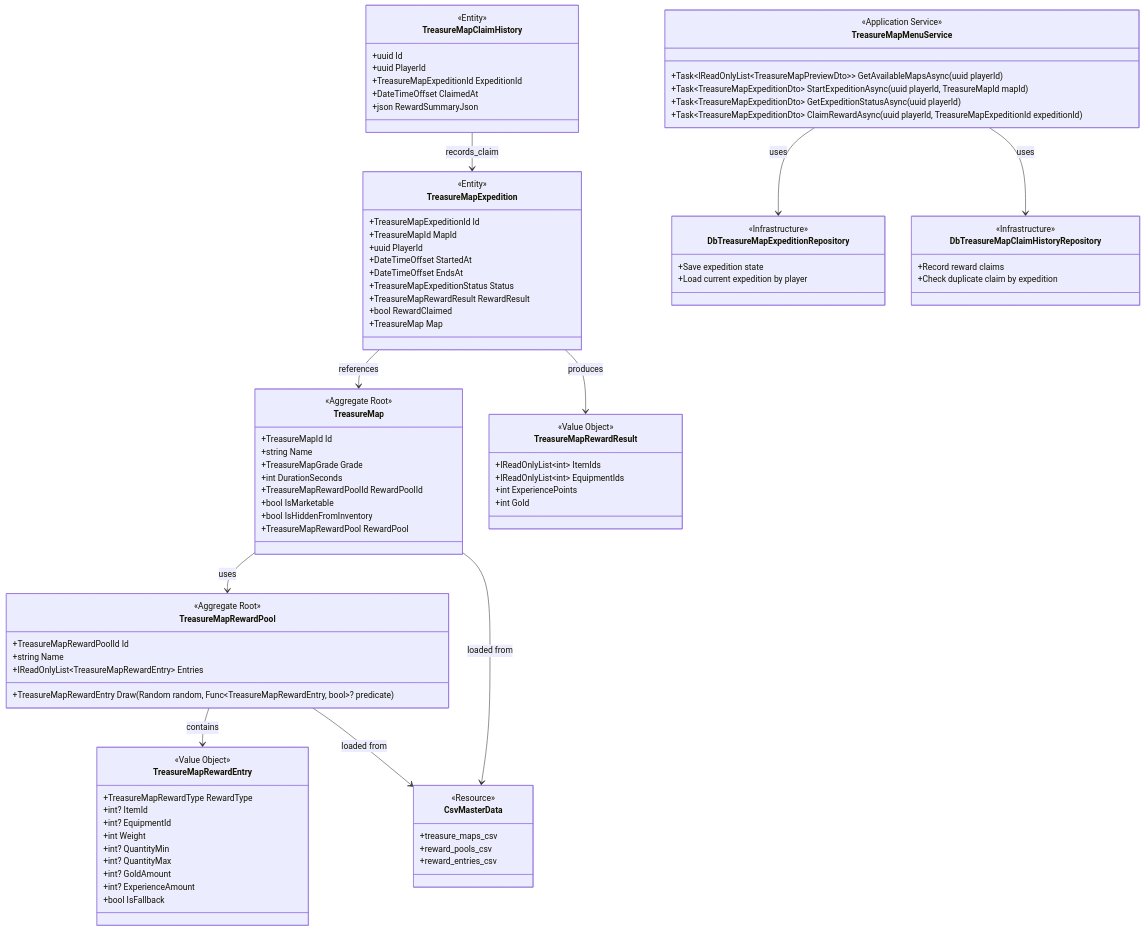
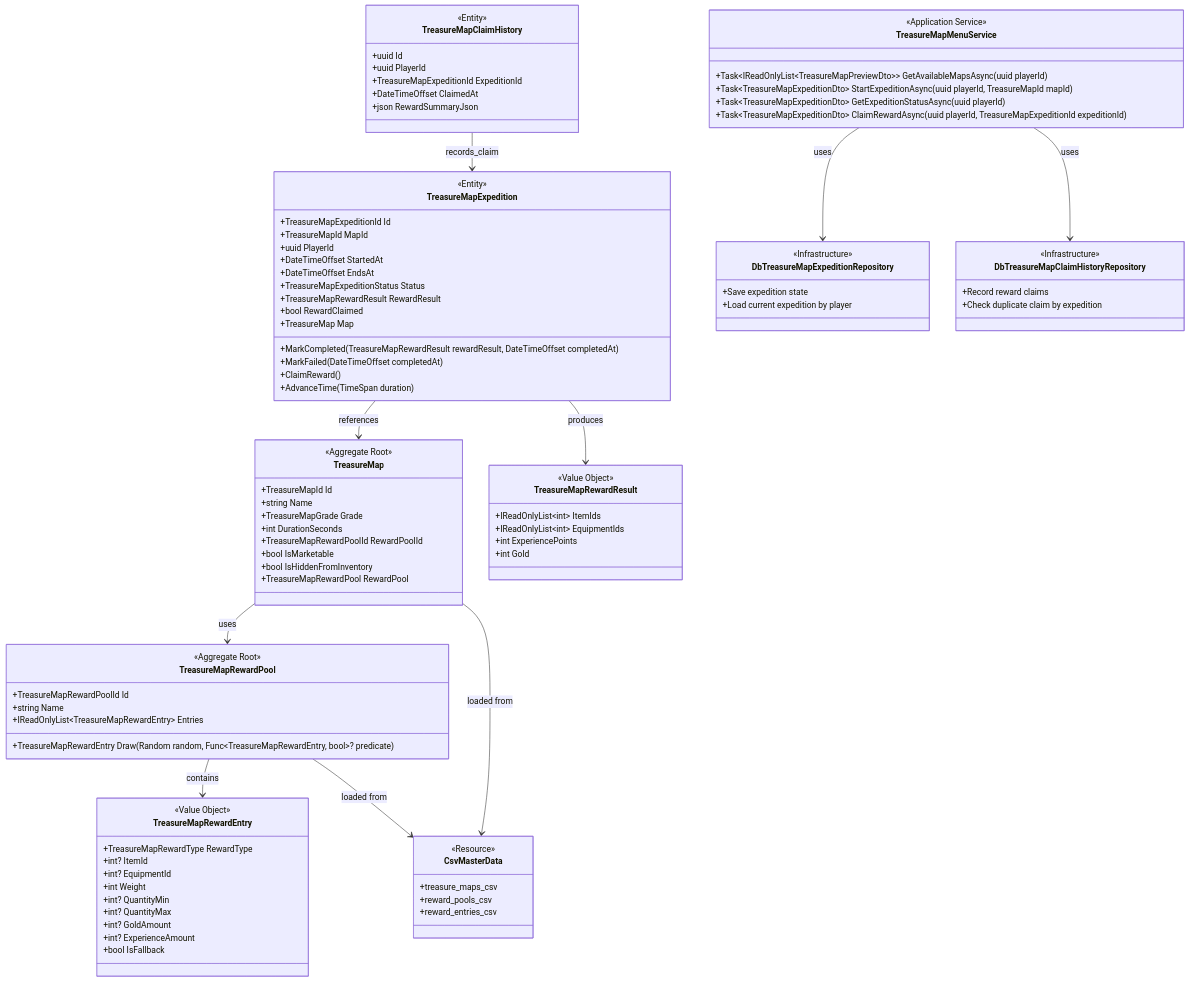
Before and after one commit to ayumu203/nisekue: the diagram in docs/treasuremap/02_宝の地図ドメイン.mmd, drawn with Mermaid. The commit also changed 3 other files, not shown here.

Commit message:
feat: クエストクリア時に宝の地図を5分進める。

```diff
--- a/docs/treasuremap/02_宝の地図ドメイン.mmd
+++ b/docs/treasuremap/02_宝の地図ドメイン.mmd
@@ -1,102 +1,106 @@
 classDiagram
     %% 宝の地図ドメインの集約
 
     class TreasureMapRewardEntry {
         <<Value Object>>
         +TreasureMapRewardType RewardType
         +int? ItemId
         +int? EquipmentId
         +int Weight
         +int? QuantityMin
         +int? QuantityMax
         +int? GoldAmount
         +int? ExperienceAmount
         +bool IsFallback
     }
 
     class TreasureMapRewardPool {
         <<Aggregate Root>>
         +TreasureMapRewardPoolId Id
         +string Name
         +IReadOnlyList~TreasureMapRewardEntry~ Entries
         +TreasureMapRewardEntry Draw(Random random, Func~TreasureMapRewardEntry, bool~? predicate)
     }
 
     class TreasureMap {
         <<Aggregate Root>>
         +TreasureMapId Id
         +string Name
         +TreasureMapGrade Grade
         +int DurationSeconds
         +TreasureMapRewardPoolId RewardPoolId
         +bool IsMarketable
         +bool IsHiddenFromInventory
         +TreasureMapRewardPool RewardPool
     }
 
     class TreasureMapExpedition {
         <<Entity>>
         +TreasureMapExpeditionId Id
         +TreasureMapId MapId
         +uuid PlayerId
         +DateTimeOffset StartedAt
         +DateTimeOffset EndsAt
         +TreasureMapExpeditionStatus Status
         +TreasureMapRewardResult RewardResult
         +bool RewardClaimed
         +TreasureMap Map
+        +MarkCompleted(TreasureMapRewardResult rewardResult, DateTimeOffset completedAt)
+        +MarkFailed(DateTimeOffset completedAt)
+        +ClaimReward()
+        +AdvanceTime(TimeSpan duration)
     }
 
     class TreasureMapClaimHistory {
         <<Entity>>
         +uuid Id
         +uuid PlayerId
         +TreasureMapExpeditionId ExpeditionId
         +DateTimeOffset ClaimedAt
         +json RewardSummaryJson
     }
 
     class TreasureMapRewardResult {
         <<Value Object>>
         +IReadOnlyList~int~ ItemIds
         +IReadOnlyList~int~ EquipmentIds
         +int ExperiencePoints
         +int Gold
     }
 
     class TreasureMapMenuService {
         <<Application Service>>
         +Task~IReadOnlyList~TreasureMapPreviewDto~~ GetAvailableMapsAsync(uuid playerId)
         +Task~TreasureMapExpeditionDto~ StartExpeditionAsync(uuid playerId, TreasureMapId mapId)
         +Task~TreasureMapExpeditionDto~ GetExpeditionStatusAsync(uuid playerId)
         +Task~TreasureMapExpeditionDto~ ClaimRewardAsync(uuid playerId, TreasureMapExpeditionId expeditionId)
     }
 
     class CsvMasterData {
         <<Resource>>
         +treasure_maps_csv
         +reward_pools_csv
         +reward_entries_csv
     }
 
     class DbTreasureMapExpeditionRepository {
         <<Infrastructure>>
         +Save expedition state
         +Load current expedition by player
     }
 
     class DbTreasureMapClaimHistoryRepository {
         <<Infrastructure>>
         +Record reward claims
         +Check duplicate claim by expedition
     }
 
     TreasureMapRewardPool --> TreasureMapRewardEntry : contains
     TreasureMap --> TreasureMapRewardPool : uses
     TreasureMapExpedition --> TreasureMap : references
     TreasureMapExpedition --> TreasureMapRewardResult : produces
     TreasureMapClaimHistory --> TreasureMapExpedition : records_claim
     TreasureMap --> CsvMasterData : loaded from
     TreasureMapRewardPool --> CsvMasterData : loaded from
     TreasureMapMenuService --> DbTreasureMapExpeditionRepository : uses
     TreasureMapMenuService --> DbTreasureMapClaimHistoryRepository : uses
```
